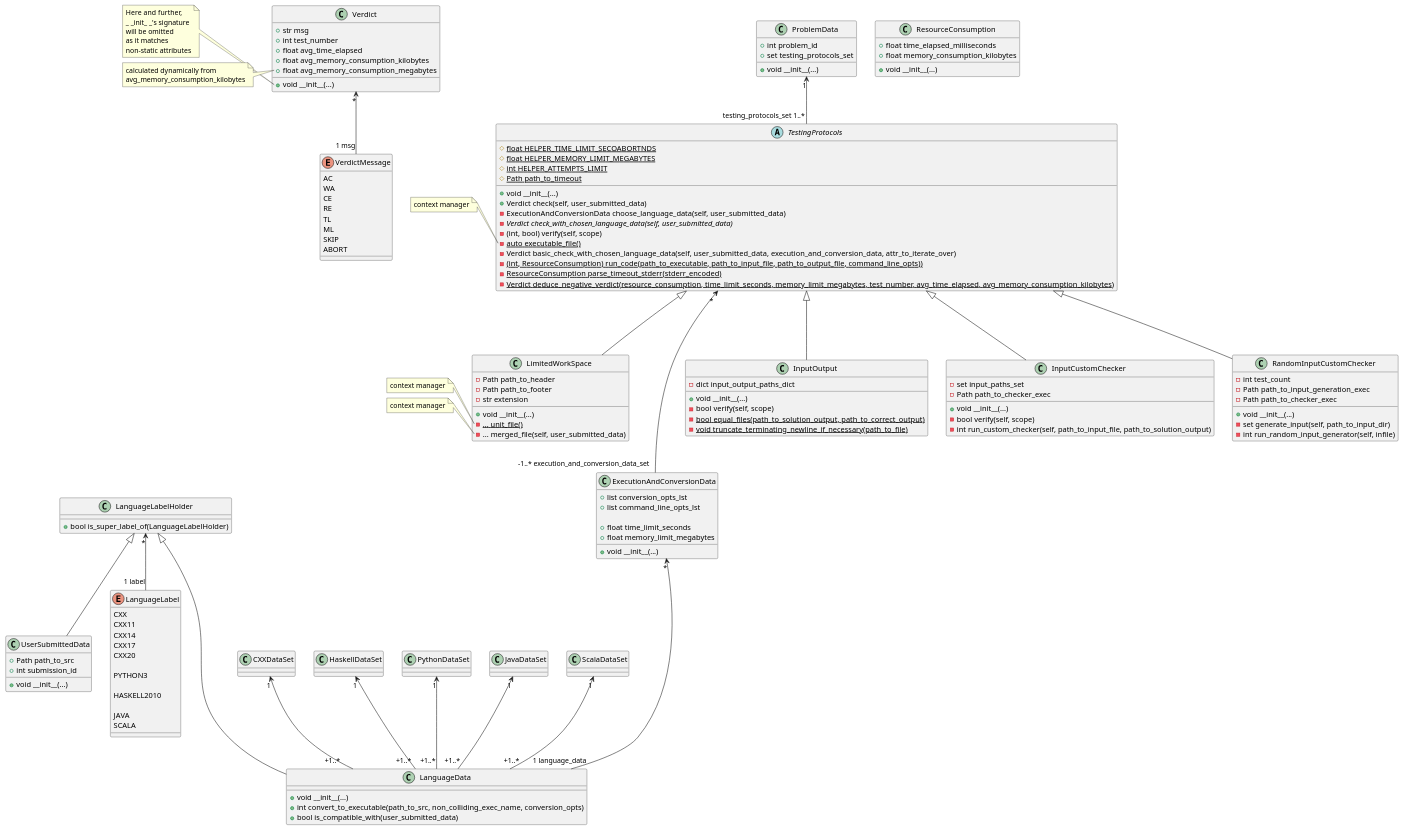
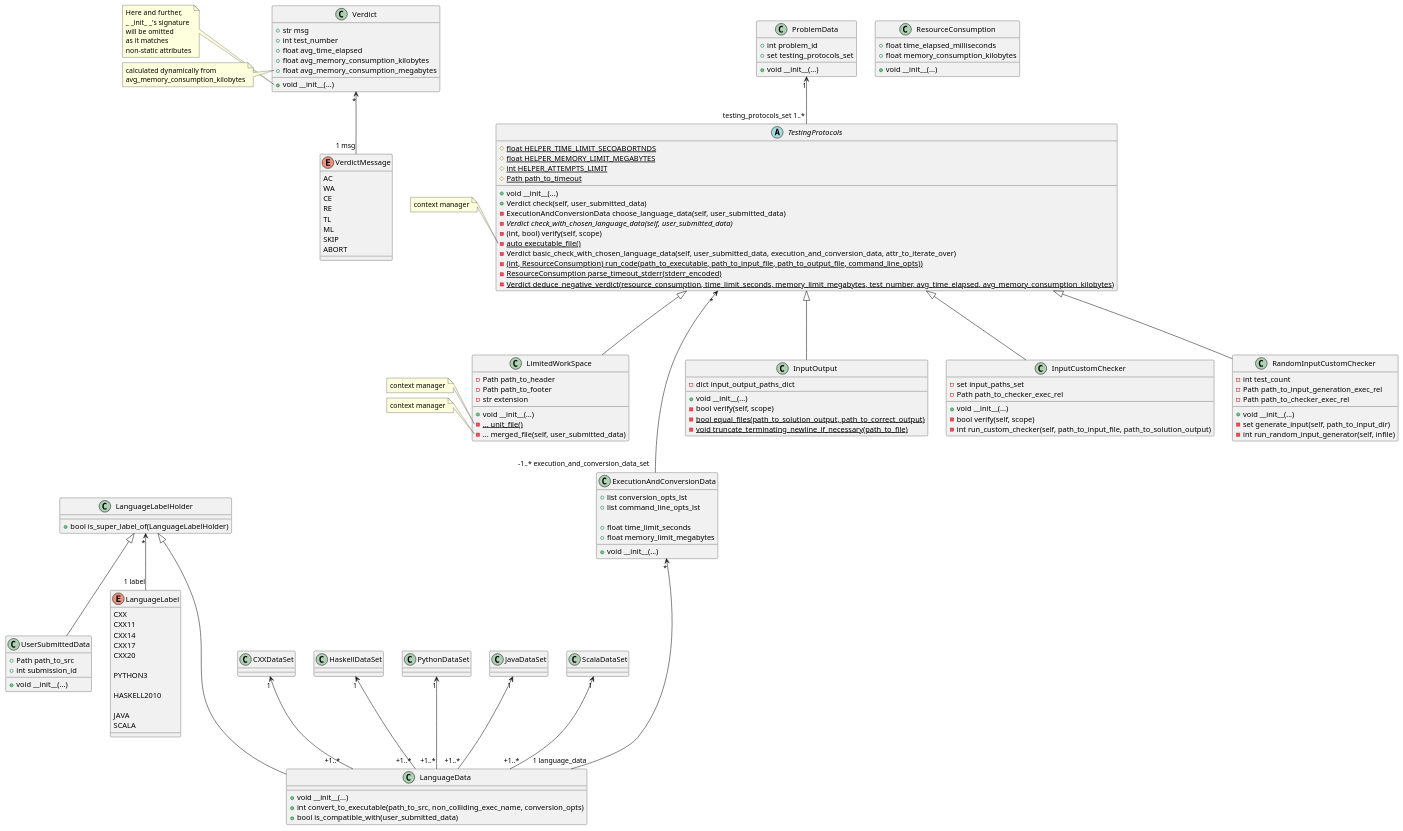
One commit to IgorZhiltsoff/TPy_project changed the diagram in TestingSystem/TestingProtocols/Class_TestingProtocols.puml. Above: the diagram before and after it, drawn with PlantUML. The commit also changed 3 other files, not shown here.

```diff
--- a/TestingSystem/TestingProtocols/Class_TestingProtocols.puml
+++ b/TestingSystem/TestingProtocols/Class_TestingProtocols.puml
@@ -156,7 +156,7 @@
 
 class InputCustomChecker {
     -set input_paths_set
-    -Path path_to_checker_exec
+    -Path path_to_checker_exec_rel
 
     +void __init__(...)
     -bool verify(self, scope)
@@ -165,8 +165,8 @@
 
 class RandomInputCustomChecker {
     -int test_count
-    -Path path_to_input_generation_exec
-    -Path path_to_checker_exec
+    -Path path_to_input_generation_exec_rel
+    -Path path_to_checker_exec_rel
 
 
     +void __init__(...)
```
